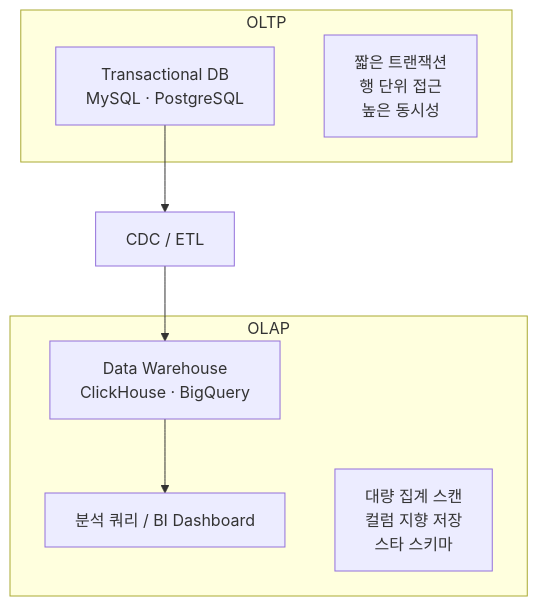
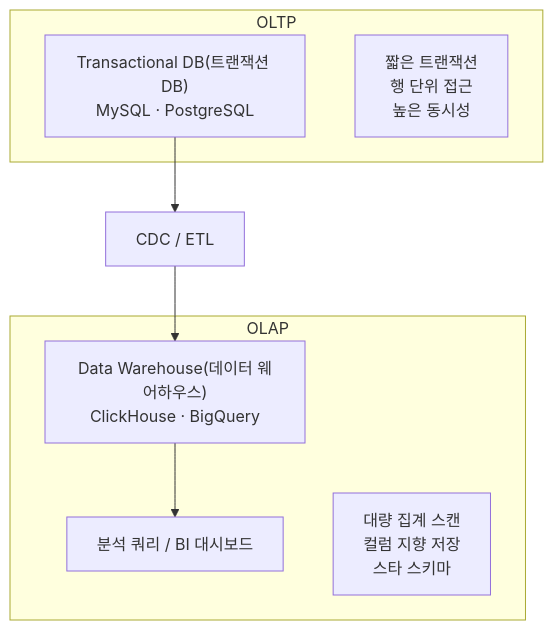
The fourth of 54 diagrams in _posts/cs-note/2026-02-27-database.md (mandoobox/mandoobox.github.io), drawn with Mermaid before and after one commit. The commit also changed other lines of this file and 18 other files, not shown here.

````diff
--- a/_posts/cs-note/2026-02-27-database.md
+++ b/_posts/cs-note/2026-02-27-database.md
@@ -93,15 +91,15 @@
 ```mermaid
 flowchart TD
   subgraph OLTP["OLTP"]
-    TP["Transactional DB <br/>MySQL · PostgreSQL"]
+    TP["Transactional DB(트랜잭션 DB)<br/>MySQL · PostgreSQL"]
     TP_C["짧은 트랜잭션<br/>행 단위 접근<br/>높은 동시성"]
   end
   TP --> ETL["CDC / ETL"]
   ETL --> WH
   subgraph OLAP["OLAP"]
-    WH["Data Warehouse<br/>ClickHouse · BigQuery"]
-    BI["분석 쿼리 / BI Dashboard"]
+    WH["Data Warehouse(데이터 웨어하우스)<br/>ClickHouse · BigQuery"]
+    BI["분석 쿼리 / BI 대시보드"]
     OLAP_C["대량 집계 스캔<br/>컬럼 지향 저장<br/>스타 스키마"]
     WH --> BI
   end
 ```
````
